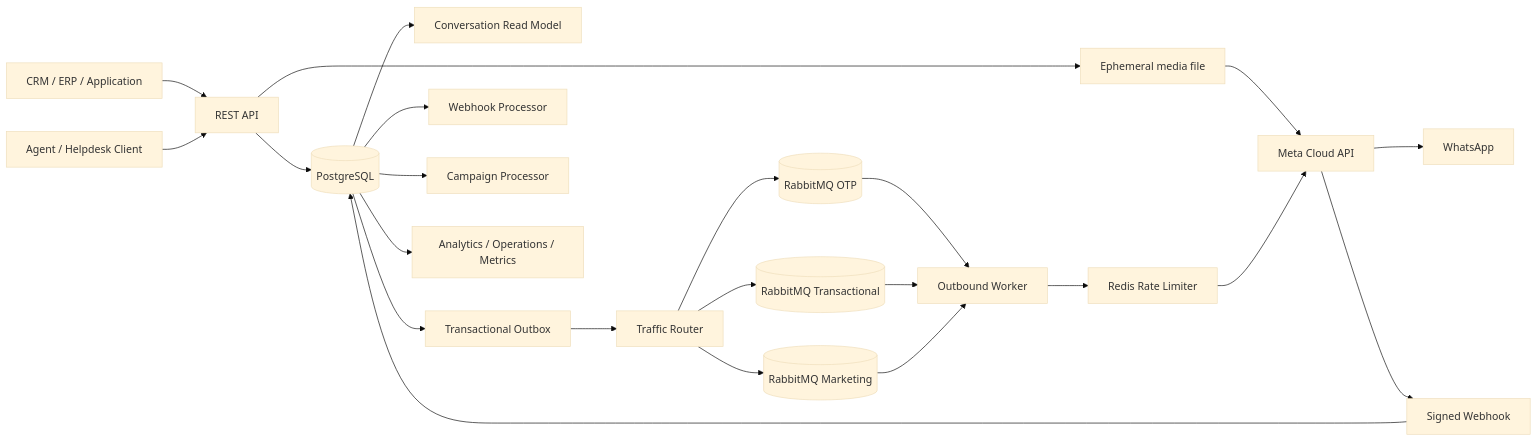
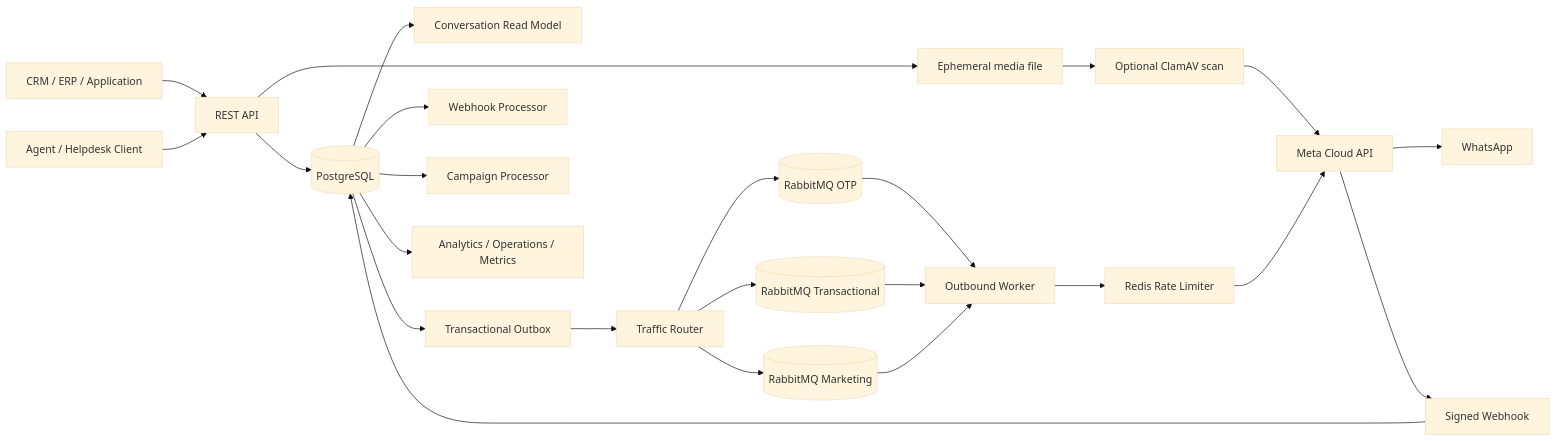
The diagram in README.md (netctc/apiWhatsApp), drawn with Mermaid (base theme) before and after one commit. The commit also changed other lines of this file, not shown here.

````diff
--- a/README.md
+++ b/README.md
@@ -42,25 +42,26 @@
 ```mermaid
 flowchart LR
     Client[CRM / ERP / Application] --> API[REST API]
     Agent[Agent / Helpdesk Client] --> API
     API --> DB[(PostgreSQL)]
     API --> Temp[Ephemeral media file]
-    Temp --> Meta[Meta Cloud API]
+    Temp --> Scan[Optional ClamAV scan]
+    Scan --> Meta[Meta Cloud API]
     DB --> Inbox[Conversation Read Model]
     DB --> Outbox[Transactional Outbox]
     Outbox --> Router[Traffic Router]
     Router --> OTP[(RabbitMQ OTP)]
     Router --> TX[(RabbitMQ Transactional)]
     Router --> MKT[(RabbitMQ Marketing)]
     OTP --> Worker[Outbound Worker]
     TX --> Worker
     MKT --> Worker
     Worker --> Rate[Redis Rate Limiter]
     Rate --> Meta
     Meta --> WhatsApp[WhatsApp]
     Meta --> Webhook[Signed Webhook]
     Webhook --> DB
     DB --> WebhookProcessor[Webhook Processor]
     DB --> CampaignProcessor[Campaign Processor]
     DB --> Analytics[Analytics / Operations / Metrics]
 ```
````
